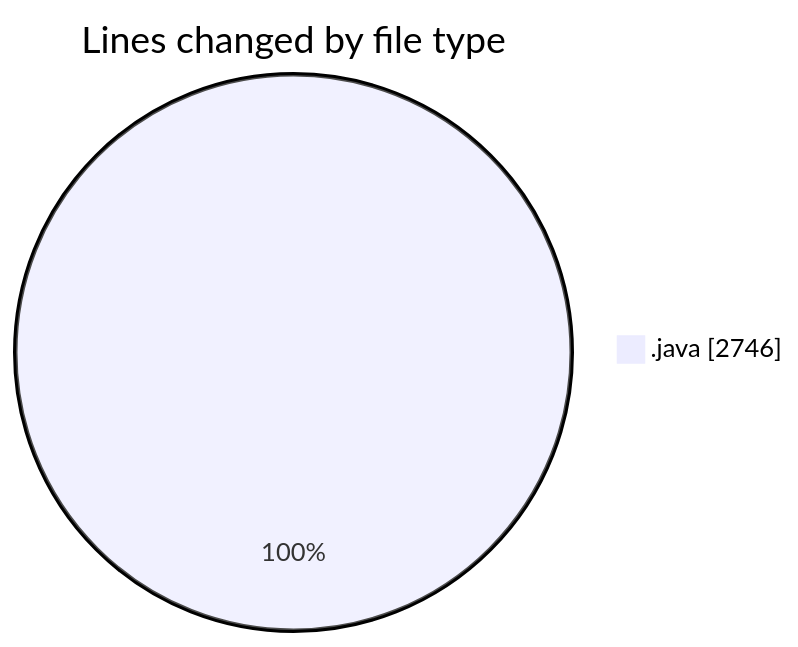
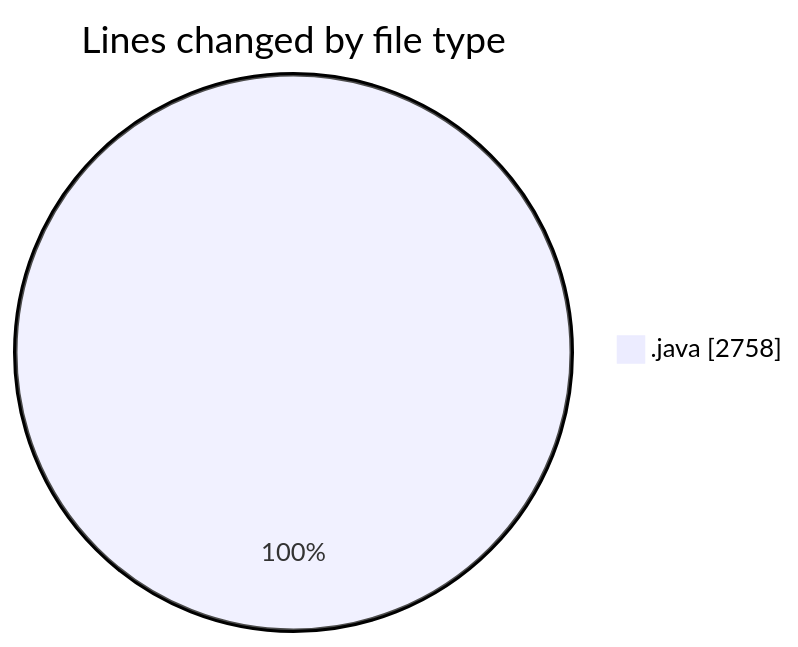
The first of 2 diagrams in 2025-02-21/projet/README.md (Elitesun/code-tracking), drawn with Mermaid before and after one commit. The commit also changed other lines of this file and 1 other file, not shown here.

````diff
--- a/2025-02-21/projet/README.md
+++ b/2025-02-21/projet/README.md
@@ -31,5 +31,5 @@
 ```mermaid
 pie showData
 title Lines changed by file type
-".java" : 2746
+".java" : 2758
 ```
````
